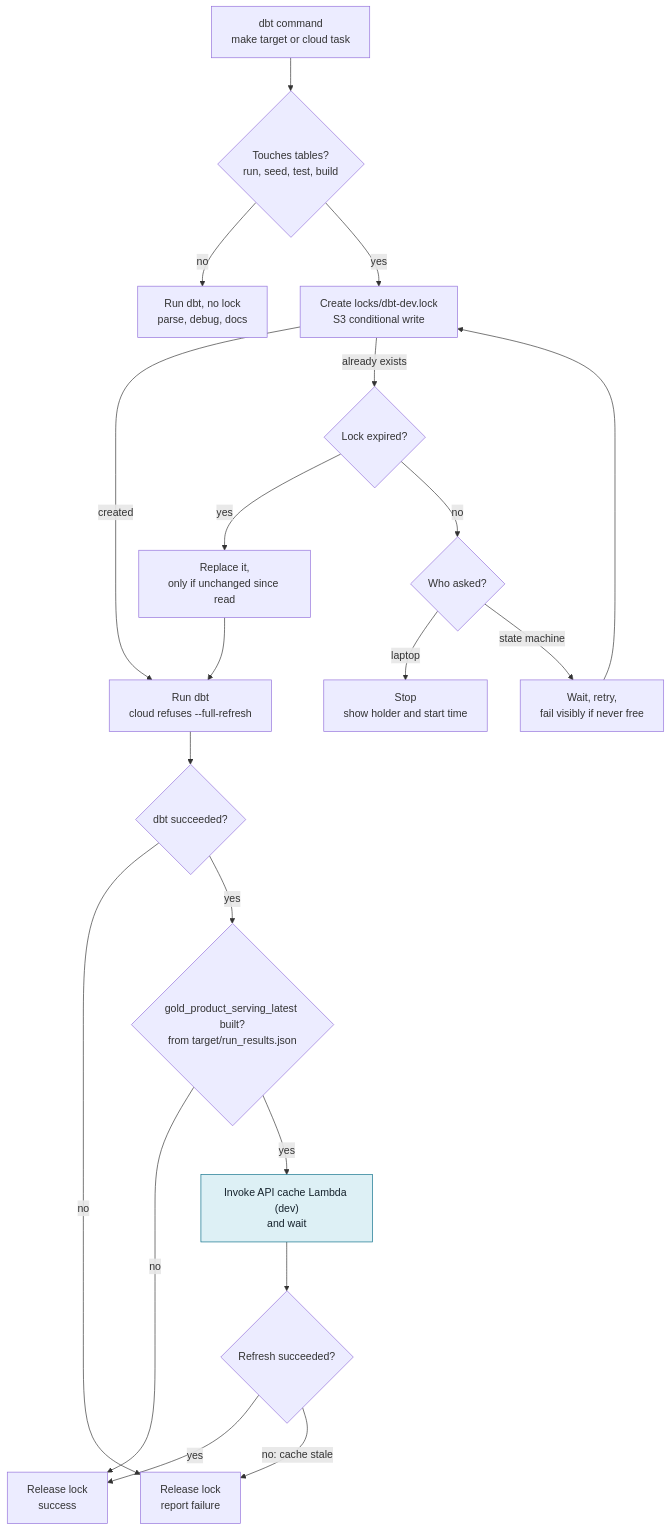
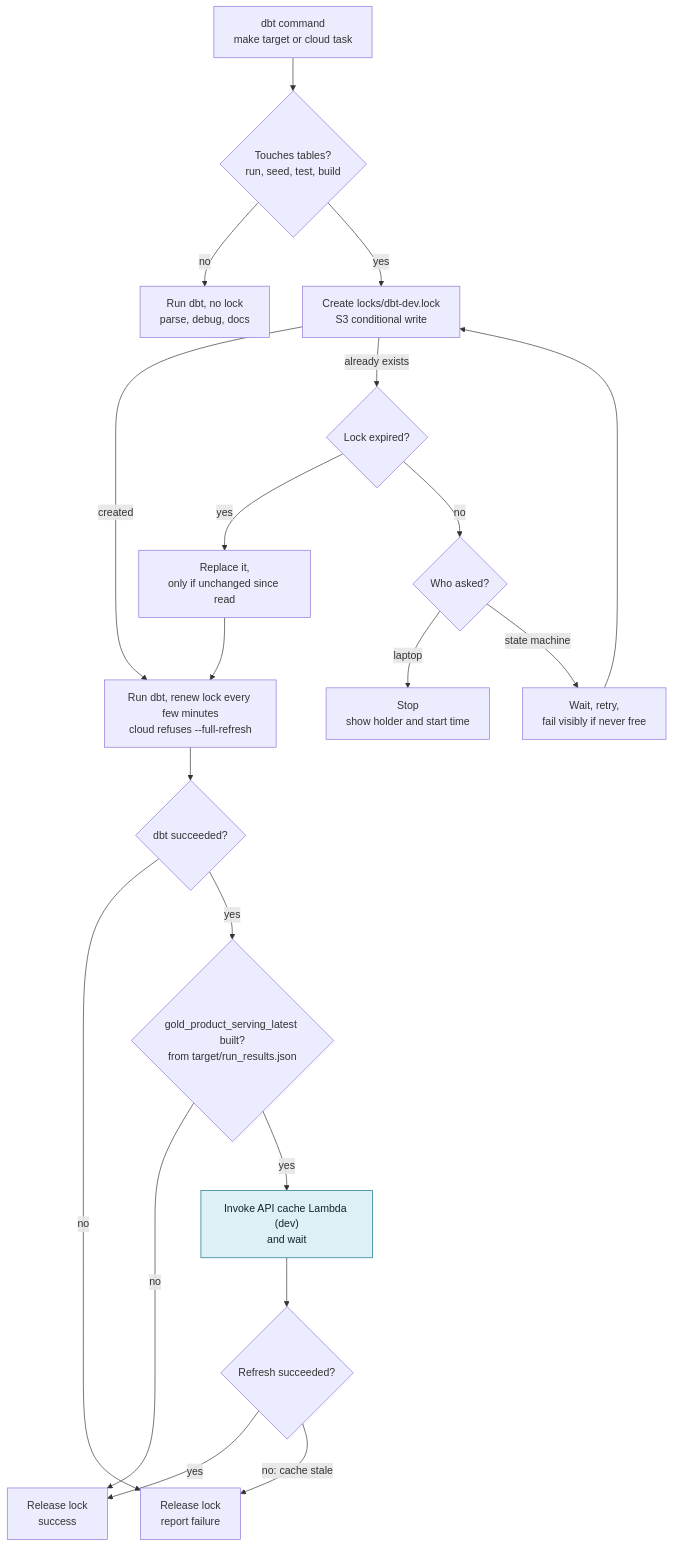
Before and after one commit to tareklel/ecommerce-scraper: the second of 3 diagrams in docs/cicd_architecture.md, drawn with Mermaid. The commit also changed other lines of this file and 2 other files, not shown here.

Commit message:
docs: dbt lock renewal; API hides products without images

````diff
--- a/docs/cicd_architecture.md
+++ b/docs/cicd_architecture.md
@@ -110,38 +112,38 @@
 ```mermaid
 flowchart TD
   start["dbt command<br/>make target or cloud task"]
   writes{"Touches tables?<br/>run, seed, test, build"}
   direct["Run dbt, no lock<br/>parse, debug, docs"]
   take["Create locks/dbt-dev.lock<br/>S3 conditional write"]
   expired{"Lock expired?"}
   takeover["Replace it,<br/>only if unchanged since read"]
   caller{"Who asked?"}
   refuse["Stop<br/>show holder and start time"]
   retry["Wait, retry,<br/>fail visibly if never free"]
-  run["Run dbt<br/>cloud refuses --full-refresh"]
+  run["Run dbt, renew lock every few minutes<br/>cloud refuses --full-refresh"]
   ok{"dbt succeeded?"}
   gold{"gold_product_serving_latest built?<br/>from target/run_results.json"}
   cache["Invoke API cache Lambda (dev)<br/>and wait"]:::planned
   cacheok{"Refresh succeeded?"}
   done["Release lock<br/>success"]
   failed["Release lock<br/>report failure"]
 
   start --> writes
   writes -->|no| direct
   writes -->|yes| take
   take -->|created| run
   take -->|already exists| expired
   expired -->|yes| takeover --> run
   expired -->|no| caller
   caller -->|laptop| refuse
   caller -->|state machine| retry --> take
   run --> ok
   ok -->|no| failed
   ok -->|yes| gold
   gold -->|no| done
   gold -->|yes| cache --> cacheok
   cacheok -->|yes| done
   cacheok -->|"no: cache stale"| failed
 
   classDef planned fill:#ddf0f5,stroke:#0b6f8a,color:#16232d
 ```
````
